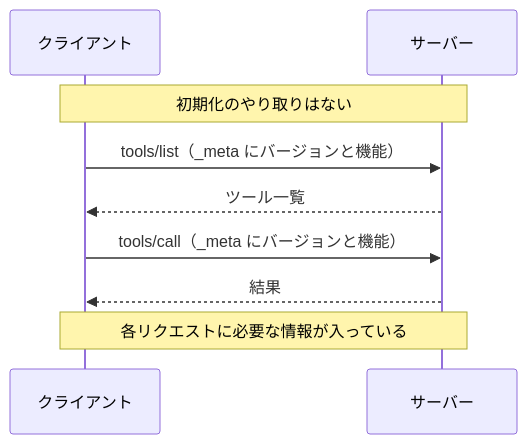
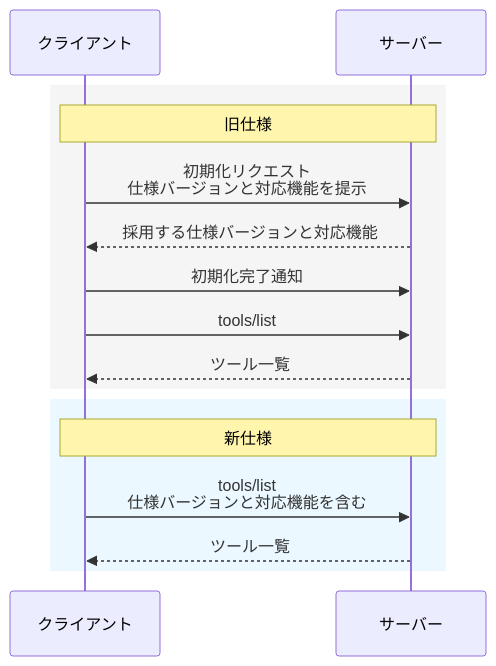
The second of 4 diagrams in public/2026-08-mcp-2026-07-28.md (yamazaki-yuki-23/qiita-tech-blogs), drawn with Mermaid before and after one commit. The commit also changed other lines of this file, not shown here.

````diff
--- a/public/2026-08-mcp-2026-07-28.md
+++ b/public/2026-08-mcp-2026-07-28.md
@@ -140,13 +97,20 @@
 ```mermaid
 sequenceDiagram
     participant C as クライアント
     participant S as サーバー
 
-    Note over C,S: 初期化のやり取りはない
+    rect rgb(245, 245, 245)
+        Note over C,S: 旧仕様
+        C->>S: 初期化リクエスト<br/>仕様バージョンと対応機能を提示
+        S-->>C: 採用する仕様バージョンと対応機能
+        C->>S: 初期化完了通知
+        C->>S: tools/list
+        S-->>C: ツール一覧
+    end
 
-    C->>S: tools/list（_meta にバージョンと機能）
-    S-->>C: ツール一覧
-    C->>S: tools/call（_meta にバージョンと機能）
-    S-->>C: 結果
-    Note over C,S: 各リクエストに必要な情報が入っている
+    rect rgb(235, 248, 255)
+        Note over C,S: 新仕様
+        C->>S: tools/list<br/>仕様バージョンと対応機能を含む
+        S-->>C: ツール一覧
+    end
 ```
````
